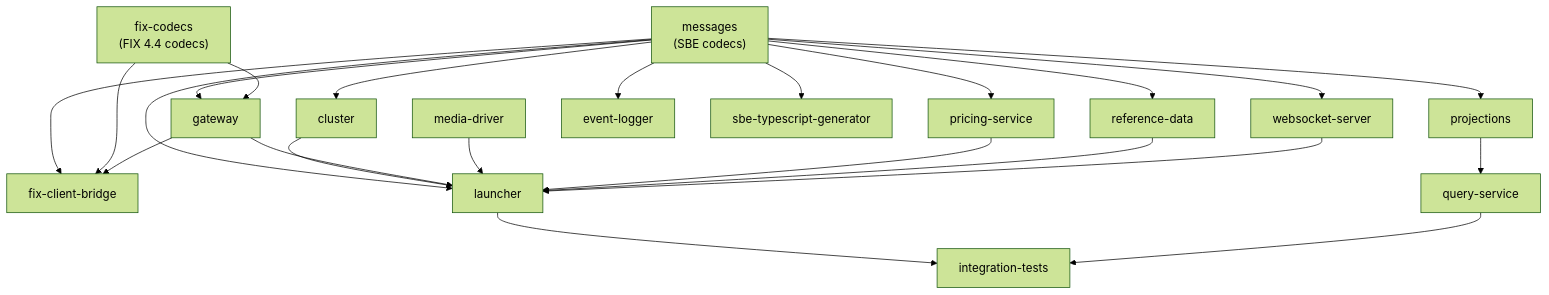
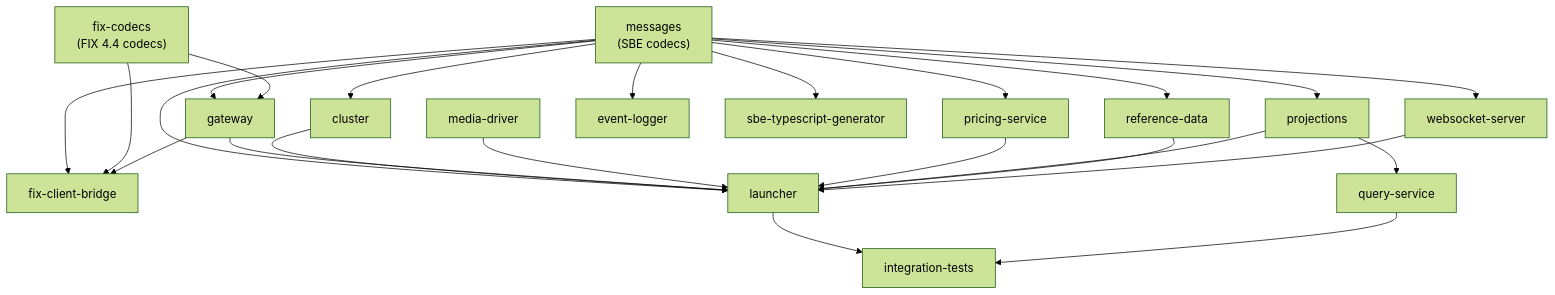
One commit to jsohi/app-trading-engine changed the second of 2 diagrams in docs/architecture.md. Above: the diagram before and after it, drawn with Mermaid (forest theme). The commit also changed 3 other files, not shown here.

````diff
--- a/docs/architecture.md
+++ b/docs/architecture.md
@@ -62,33 +62,34 @@
 ```mermaid
 graph TB
     messages["messages<br/>(SBE codecs)"]
     fix-codecs["fix-codecs<br/>(FIX 4.4 codecs)"]
 
     messages --> cluster
     messages --> gateway
     messages --> projections
     messages --> pricing-service["pricing-service"]
     messages --> reference-data["reference-data"]
     messages --> fix-client-bridge["fix-client-bridge"]
     messages --> websocket-server["websocket-server"]
     messages --> event-logger["event-logger"]
     messages --> sbe-ts-generator["sbe-typescript-generator"]
     messages --> launcher
 
     fix-codecs --> gateway
     fix-codecs --> fix-client-bridge
 
     cluster --> launcher
     gateway --> launcher
     media-driver["media-driver"] --> launcher
     pricing-service --> launcher
+    projections --> launcher
     reference-data --> launcher
     websocket-server --> launcher
 
     projections --> query-service["query-service"]
 
     gateway --> fix-client-bridge
 
     launcher --> integration-tests["integration-tests"]
     query-service --> integration-tests
 ```
````
